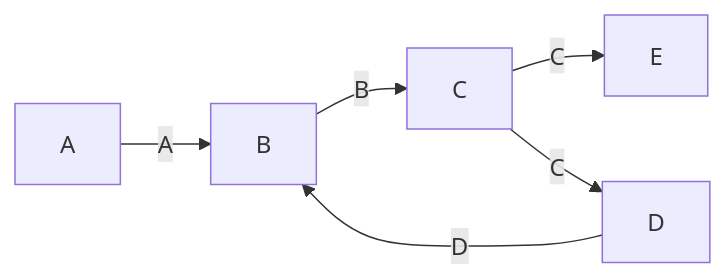
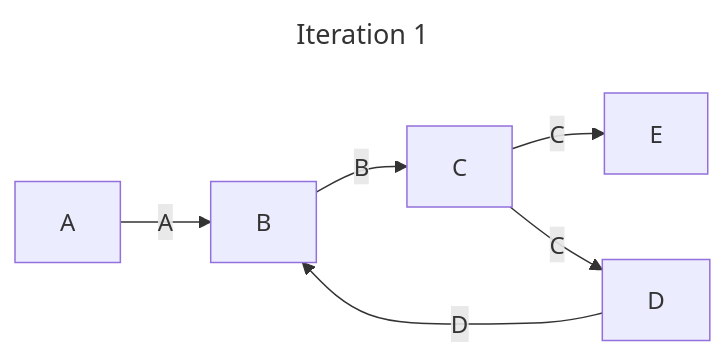
The second of 4 diagrams in _posts/2023-07-27-detect-cycle-in-dag.markdown (dasmanas/dasmanas.github.io), drawn with Mermaid before and after one commit. The commit also changed other lines of this file and 3 other files, not shown here.

Commit message:
render mermaid

````diff
--- a/_posts/2023-07-27-detect-cycle-in-dag.markdown
+++ b/_posts/2023-07-27-detect-cycle-in-dag.markdown
@@ -9,8 +19,11 @@
 ```mermaid!
-graph LR
-    A -->|A| B
-    B -->|B| C
-    C -->|C| E
-    C -->|C| D
-    D -->|D| B
+---
+title: Iteration 1
+---
+flowchart LR
+        A -->|A| B
+        B -->|B| C
+        C -->|C| E
+        C -->|C| D
+        D -->|D| B
 ```
````
